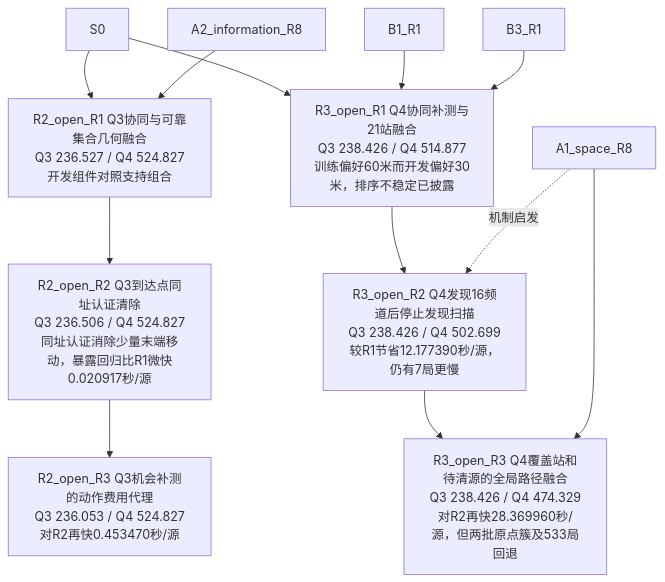
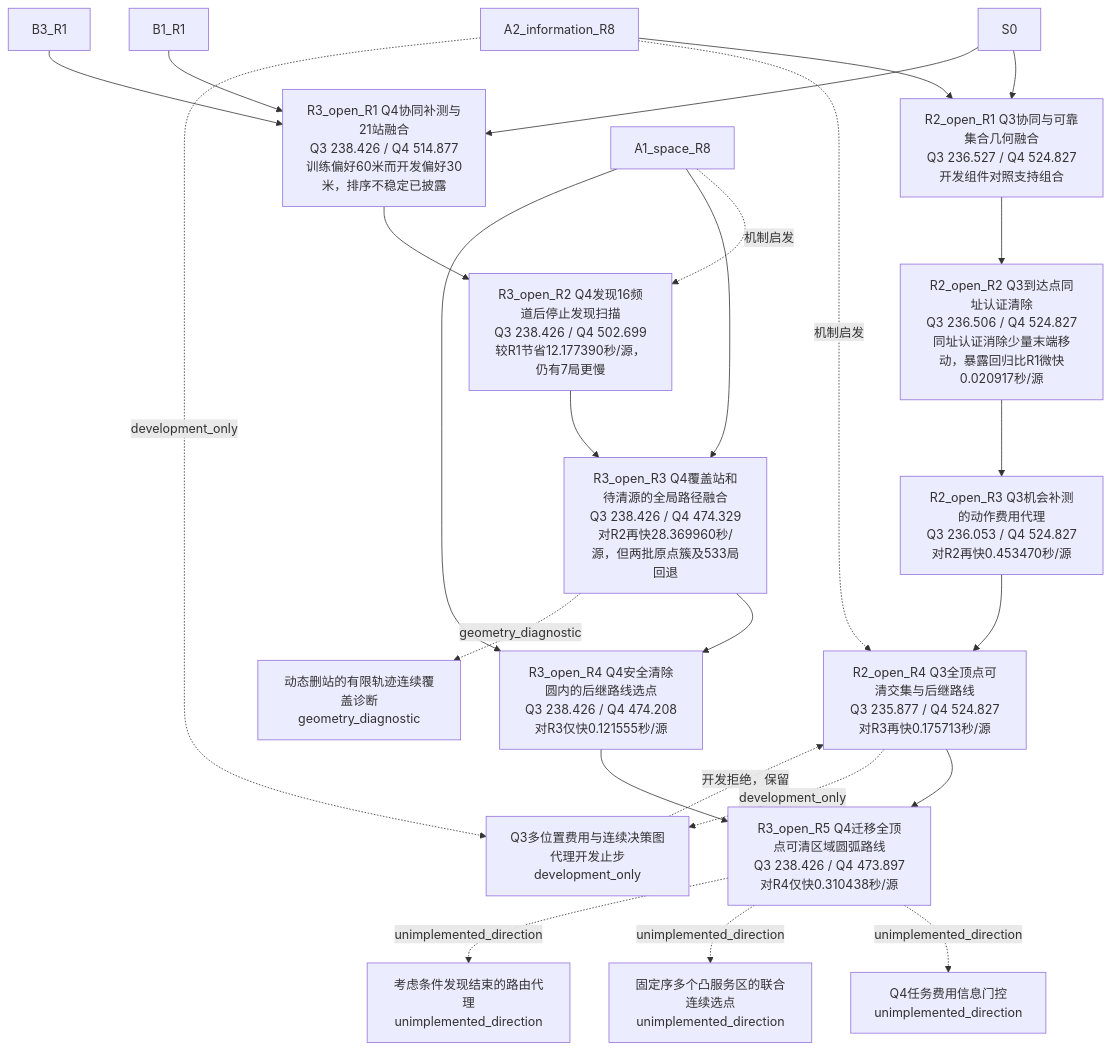
One commit to xiangguaguadadi-dot/cumcm2026-b changed the diagram in experiments/R1_atlas/STAGE3_PROGRESS.md. Above: the diagram before and after it, drawn with Mermaid. The commit also changed other lines of this file and 34 other files, not shown here.

````diff
--- a/experiments/R1_atlas/STAGE3_PROGRESS.md
+++ b/experiments/R1_atlas/STAGE3_PROGRESS.md
@@ -5,20 +5,41 @@
 ```mermaid
 flowchart TB
   R2_open_R1["R2_open_R1 Q3协同与可靠集合几何融合<br/>Q3 236.527 / Q4 524.827<br/>开发组件对照支持组合"]
   S0 --> R2_open_R1
   A2_information_R8 --> R2_open_R1
   R2_open_R2["R2_open_R2 Q3到达点同址认证清除<br/>Q3 236.506 / Q4 524.827<br/>同址认证消除少量末端移动，暴露回归比R1微快0.020917秒/源"]
   R2_open_R1 --> R2_open_R2
   R3_open_R1["R3_open_R1 Q4协同补测与21站融合<br/>Q3 238.426 / Q4 514.877<br/>训练偏好60米而开发偏好30米，排序不稳定已披露"]
   S0 --> R3_open_R1
   B1_R1 --> R3_open_R1
   B3_R1 --> R3_open_R1
   R3_open_R2["R3_open_R2 Q4发现16频道后停止发现扫描<br/>Q3 238.426 / Q4 502.699<br/>较R1节省12.177390秒/源，仍有7局更慢"]
   R3_open_R1 --> R3_open_R2
   A1_space_R8 -. "机制启发" .-> R3_open_R2
   R2_open_R3["R2_open_R3 Q3机会补测的动作费用代理<br/>Q3 236.053 / Q4 524.827<br/>对R2再快0.453470秒/源"]
   R2_open_R2 --> R2_open_R3
   R3_open_R3["R3_open_R3 Q4覆盖站和待清源的全局路径融合<br/>Q3 238.426 / Q4 474.329<br/>对R2再快28.369960秒/源，但两批原点簇及533局回退"]
   R3_open_R2 --> R3_open_R3
   A1_space_R8 --> R3_open_R3
+  R2_open_R4["R2_open_R4 Q3全顶点可清交集与后继路线<br/>Q3 235.877 / Q4 524.827<br/>对R3再快0.175713秒/源"]
+  R2_open_R3 --> R2_open_R4
+  A2_information_R8 -. "机制启发" .-> R2_open_R4
+  R3_open_R4["R3_open_R4 Q4安全清除圆内的后继路线选点<br/>Q3 238.426 / Q4 474.208<br/>对R3仅快0.121555秒/源"]
+  R3_open_R3 --> R3_open_R4
+  A1_space_R8 --> R3_open_R4
+  R3_open_R5["R3_open_R5 Q4迁移全顶点可清区域圆弧路线<br/>Q3 238.426 / Q4 473.897<br/>对R4仅快0.310438秒/源"]
+  R3_open_R4 --> R3_open_R5
+  R2_open_R4 --> R3_open_R5
+  R3_dynamic_cover_diagnostic["动态删站的有限轨迹连续覆盖诊断<br/>geometry_diagnostic"]
+  R3_open_R3 -. "geometry_diagnostic" .-> R3_dynamic_cover_diagnostic
+  Q4_COST_GATE_PROPOSED["Q4任务费用信息门控<br/>unimplemented_direction"]
+  R3_open_R5 -. "unimplemented_direction" .-> Q4_COST_GATE_PROPOSED
+  JOINT_CLEAR_ROUTE_PROPOSED["固定序多个凸服务区的联合连续选点<br/>unimplemented_direction"]
+  R3_open_R5 -. "unimplemented_direction" .-> JOINT_CLEAR_ROUTE_PROPOSED
+  CONDITIONAL_DISCOVERY_ROUTE_PROPOSED["考虑条件发现结束的路由代理<br/>unimplemented_direction"]
+  R3_open_R5 -. "unimplemented_direction" .-> CONDITIONAL_DISCOVERY_ROUTE_PROPOSED
+  R2_open_R5["Q3多位置费用与连续决策图代理开发止步<br/>development_only"]
+  R2_open_R4 -. "development_only" .-> R2_open_R5
+  A2_information_R8 -. "development_only" .-> R2_open_R5
+  R2_open_R5 -. "开发拒绝，保留" .-> R2_open_R4
 ```
````
